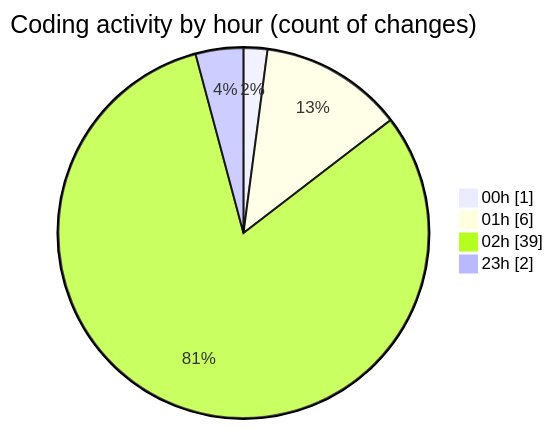
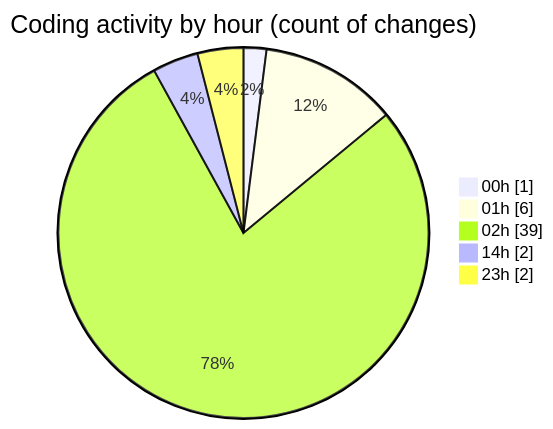
Before and after one commit to charlie-sans/code-tracking: the second of 2 diagrams in 2025-02-19/masm/README.md, drawn with Mermaid. The commit also changed other lines of this file and 1 other file, not shown here.

````diff
--- a/2025-02-19/masm/README.md
+++ b/2025-02-19/masm/README.md
@@ -35,8 +35,9 @@
 ```mermaid
 pie showData
 title Coding activity by hour (count of changes)
 "00h" : 1
 "01h" : 6
 "02h" : 39
+"14h" : 2
 "23h" : 2
 ```
````
